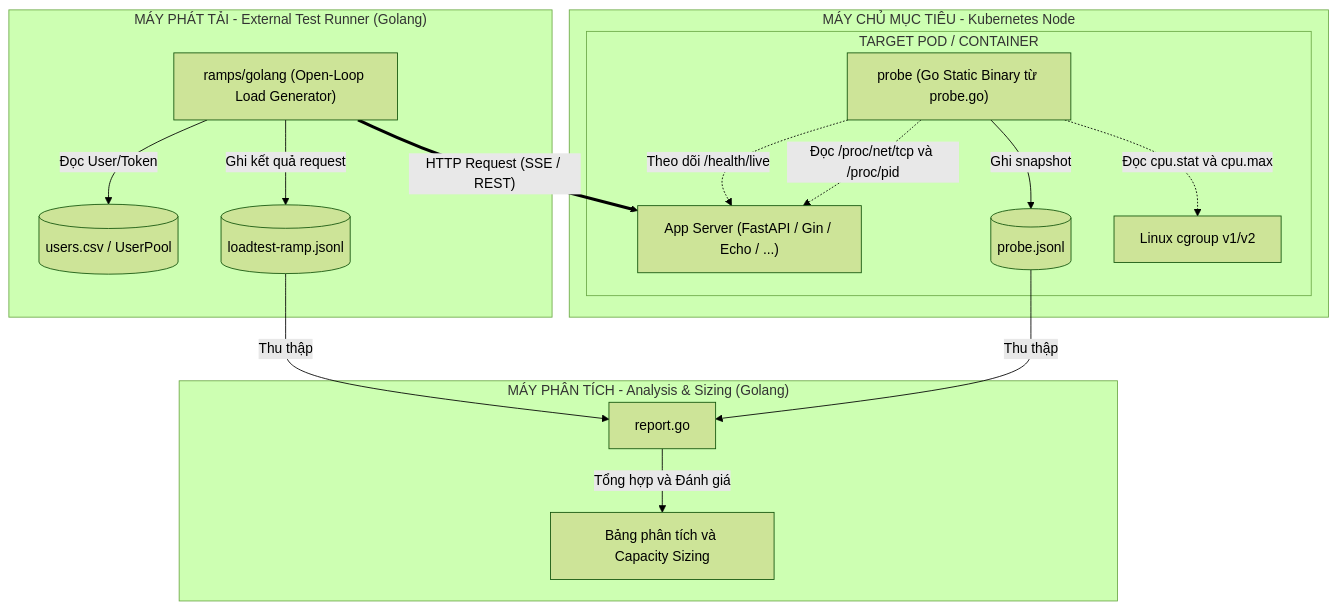
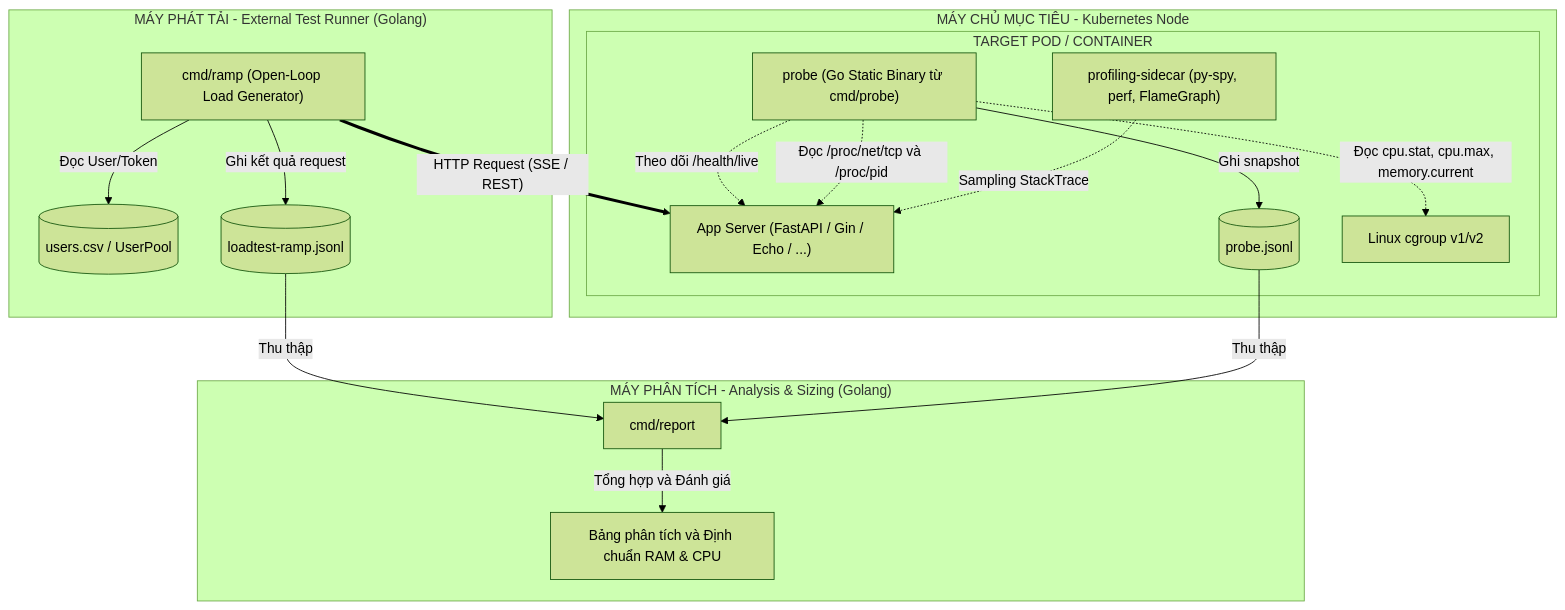
The first of 2 diagrams in README.md (duyhustvn/capsizer), drawn with Mermaid (forest theme) before and after one commit. The commit also changed other lines of this file, not shown here.

````diff
--- a/README.md
+++ b/README.md
@@ -39,33 +40,35 @@
 ```mermaid
 flowchart TD
     subgraph GeneratorHost["MÁY PHÁT TẢI - External Test Runner (Golang)"]
-        Ramp["ramps/golang (Open-Loop Load Generator)"]
+        Ramp["cmd/ramp (Open-Loop Load Generator)"]
         UserCSV[("users.csv / UserPool")]
         RampOut[("loadtest-ramp.jsonl")]
         Ramp -->|Đọc User/Token| UserCSV
         Ramp -->|Ghi kết quả request| RampOut
     end
 
     subgraph K8sNode["MÁY CHỦ MỤC TIÊU - Kubernetes Node"]
         subgraph TargetPod["TARGET POD / CONTAINER"]
             AppServer["App Server (FastAPI / Gin / Echo / ...)"]
-            Probe["probe (Go Static Binary từ probe.go)"]
+            Probe["probe (Go Static Binary từ cmd/probe)"]
+            Sidecar["profiling-sidecar (py-spy, perf, FlameGraph)"]
             ProbeOut[("probe.jsonl")]
             
             Probe -->|Ghi snapshot| ProbeOut
             Probe -.->|Theo dõi /health/live| AppServer
             Probe -.->|Đọc /proc/net/tcp và /proc/pid| AppServer
-            Probe -.->|Đọc cpu.stat và cpu.max| CGroup["Linux cgroup v1/v2"]
+            Probe -.->|Đọc cpu.stat, cpu.max, memory.current| CGroup["Linux cgroup v1/v2"]
+            Sidecar -.->|Sampling StackTrace| AppServer
         end
     end
 
     subgraph Analysis["MÁY PHÂN TÍCH - Analysis & Sizing (Golang)"]
-        Report["report.go"]
-        ReportTable["Bảng phân tích và Capacity Sizing"]
+        Report["cmd/report"]
+        ReportTable["Bảng phân tích và Định chuẩn RAM & CPU"]
         RampOut -->|Thu thập| Report
         ProbeOut -->|Thu thập| Report
         Report -->|Tổng hợp và Đánh giá| ReportTable
     end
 
     Ramp ==>|"HTTP Request (SSE / REST)"| AppServer
 ```
````
